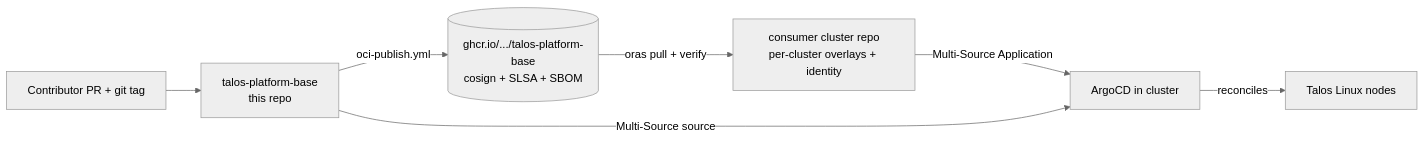
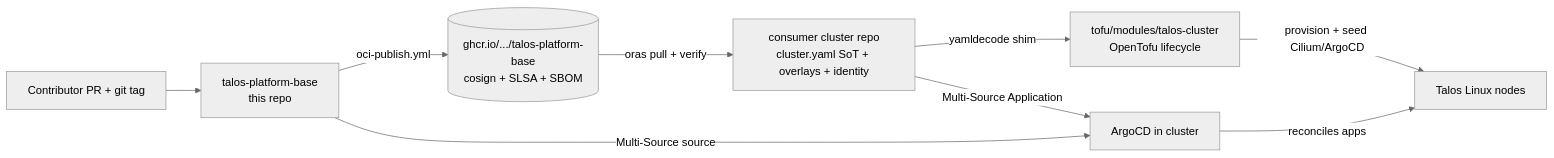
One commit to Nosmoht/talos-platform-base changed the diagram in README.md. Above: the diagram before and after it, drawn with Mermaid. The commit also changed other lines of this file and 2 other files, not shown here.

````diff
--- a/README.md
+++ b/README.md
@@ -54,10 +58,12 @@
 ```mermaid
 %%{init: { "theme": "neutral" } }%%
 flowchart LR
   PR[Contributor PR + git tag] --> Base[talos-platform-base<br/>this repo]
   Base -->|oci-publish.yml| GHCR[(ghcr.io/.../talos-platform-base<br/>cosign + SLSA + SBOM)]
-  GHCR -->|oras pull + verify| Consumer[consumer cluster repo<br/>per-cluster overlays + identity]
+  GHCR -->|oras pull + verify| Consumer[consumer cluster repo<br/>cluster.yaml SoT + overlays + identity]
+  Consumer -->|yamldecode shim| Tofu[tofu/modules/talos-cluster<br/>OpenTofu lifecycle]
+  Tofu -->|provision + seed Cilium/ArgoCD| Talos[Talos Linux nodes]
   Consumer -->|Multi-Source Application| Argo[ArgoCD in cluster]
   Base -->|Multi-Source source| Argo
-  Argo -->|reconciles| Talos[Talos Linux nodes]
+  Argo -->|reconciles apps| Talos
 ```
````
